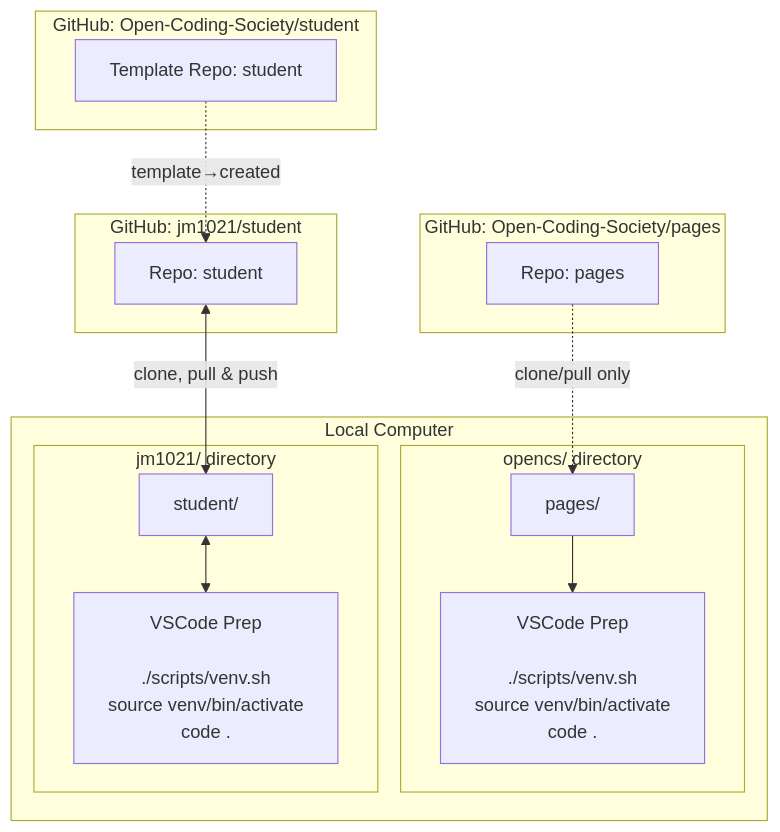
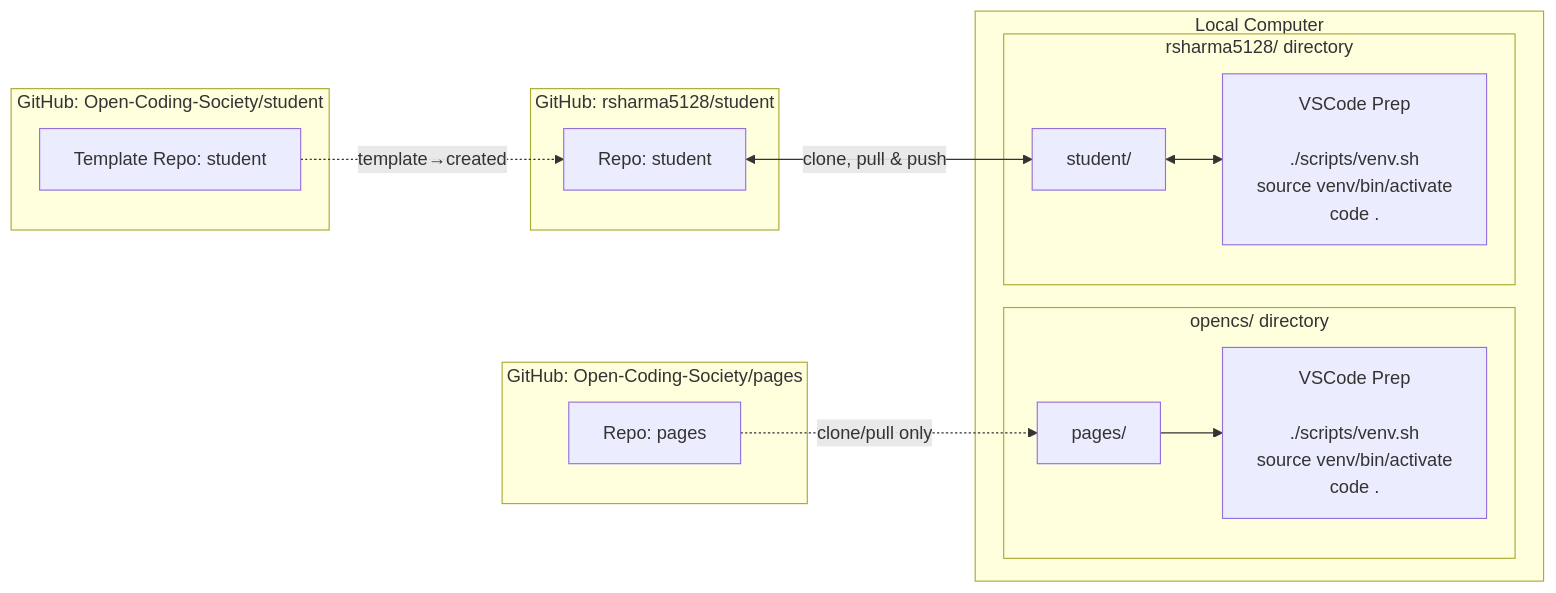
Before and after one commit to rsharma5128/student: the diagram in navigation/journey.md, drawn with Mermaid.

Commit message:
Changed github user and changing diagram orientation from left to right

````diff
--- a/navigation/journey.md
+++ b/navigation/journey.md
@@ -17,39 +17,39 @@
 ```mermaid
-flowchart TD
+flowchart LR
     %% GitHub Sources
     subgraph GitHub_Pages[GitHub: Open-Coding-Society/pages]
         A[Repo: pages]:::repo
     end
 
     subgraph GitHub_Template[GitHub: Open-Coding-Society/student]
         T[Template Repo: student]:::repo
     end
 
-    subgraph GitHub_Student[GitHub: jm1021/student]
+    subgraph GitHub_Student[GitHub: rsharma5128/student]
         B[Repo: student]:::repo
     end
 
     %% Local Computer
     subgraph Local[Local Computer]
         subgraph opencs_dir[opencs/ directory]
             C[pages/]:::local
             Ccmd[VSCode Prep<br/><br/>./scripts/venv.sh<br/>source venv/bin/activate<br/>code .]:::cmd
         end
-        subgraph user_dir[jm1021/ directory]
+        subgraph user_dir[rsharma5128/ directory]
             D[student/]:::local
             Dcmd[VSCode Prep<br/><br/>./scripts/venv.sh<br/>source venv/bin/activate<br/>code .]:::cmd
         end
     end
 
     %% Arrows: cloning
     A -.->|clone/pull only| C
     B <--> |clone, pull & push| D
 
     %% Arrows: template relationship
     T -.->|template→created| B
 
     %% Arrows: commands
     C --> Ccmd
     D <--> Dcmd
 
 ```
````
